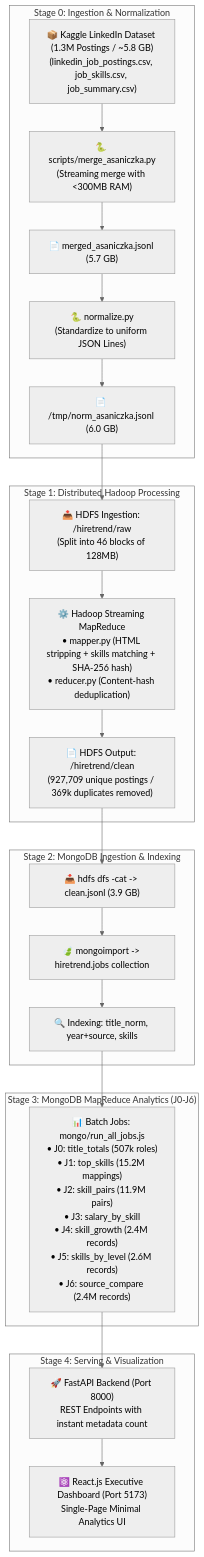
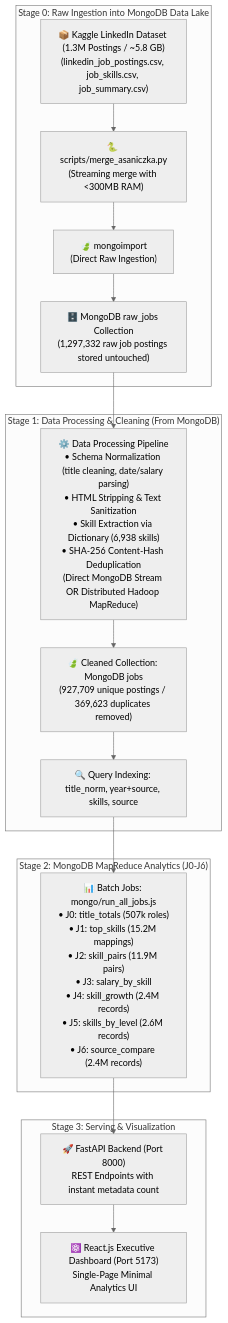
Before and after one commit to Prabhath1403/hiretrend: the diagram in README.md, drawn with Mermaid (neutral theme). The commit also changed other lines of this file and 4 other files, not shown here.

Commit message:
feat: align pipeline with faculty requirement - import raw dataset to MongoDB raw_jobs before data processing

````diff
--- a/README.md
+++ b/README.md
@@ -16,31 +16,24 @@
 ```mermaid
 flowchart TD
-    subgraph S0["Stage 0: Ingestion & Normalization"]
+    subgraph S0["Stage 0: Raw Ingestion into MongoDB Data Lake"]
         A["📦 Kaggle LinkedIn Dataset (1.3M Postings / ~5.8 GB)\n(linkedin_job_postings.csv, job_skills.csv, job_summary.csv)"]
         A --> B["🐍 scripts/merge_asaniczka.py\n(Streaming merge with <300MB RAM)"]
-        B --> C["📄 merged_asaniczka.jsonl (5.7 GB)"]
-        C --> D["🐍 normalize.py\n(Standardize to uniform JSON Lines)"]
-        D --> E["📄 /tmp/norm_asaniczka.jsonl (6.0 GB)"]
+        B --> C["🍃 mongoimport\n(Direct Raw Ingestion)"]
+        C --> D["🗄️ MongoDB raw_jobs Collection\n(1,297,332 raw job postings stored untouched)"]
     end
 
-    subgraph S1["Stage 1: Distributed Hadoop Processing"]
-        E --> F["📤 HDFS Ingestion: /hiretrend/raw\n(Split into 46 blocks of 128MB)"]
-        F --> G["⚙️ Hadoop Streaming MapReduce\n• mapper.py (HTML stripping + skills matching + SHA-256 hash)\n• reducer.py (Content-hash deduplication)"]
-        G --> H["📄 HDFS Output: /hiretrend/clean\n(927,709 unique postings / 369k duplicates removed)"]
+    subgraph S1["Stage 1: Data Processing & Cleaning (From MongoDB)"]
+        D --> E["⚙️ Data Processing Pipeline\n• Schema Normalization (title cleaning, date/salary parsing)\n• HTML Stripping & Text Sanitization\n• Skill Extraction via Dictionary (6,938 skills)\n• SHA-256 Content-Hash Deduplication\n(Direct MongoDB Stream OR Distributed Hadoop MapReduce)"]
+        E --> F["🍃 Cleaned Collection: MongoDB jobs\n(927,709 unique postings / 369,623 duplicates removed)"]
+        F --> G["🔍 Query Indexing: title_norm, year+source, skills, source"]
     end
 
-    subgraph S2["Stage 2: MongoDB Ingestion & Indexing"]
-        H --> I["📥 hdfs dfs -cat -> clean.jsonl (3.9 GB)"]
-        I --> J["🍃 mongoimport -> hiretrend.jobs collection"]
-        J --> K["🔍 Indexing: title_norm, year+source, skills"]
+    subgraph S2["Stage 2: MongoDB MapReduce Analytics (J0-J6)"]
+        G --> L["📊 Batch Jobs: mongo/run_all_jobs.js\n• J0: title_totals (507k roles)\n• J1: top_skills (15.2M mappings)\n• J2: skill_pairs (11.9M pairs)\n• J3: salary_by_skill\n• J4: skill_growth (2.4M records)\n• J5: skills_by_level (2.6M records)\n• J6: source_compare (2.4M records)"]
     end
 
-    subgraph S3["Stage 3: MongoDB MapReduce Analytics (J0-J6)"]
-        K --> L["📊 Batch Jobs: mongo/run_all_jobs.js\n• J0: title_totals (507k roles)\n• J1: top_skills (15.2M mappings)\n• J2: skill_pairs (11.9M pairs)\n• J3: salary_by_skill\n• J4: skill_growth (2.4M records)\n• J5: skills_by_level (2.6M records)\n• J6: source_compare (2.4M records)"]
-    end
-
-    subgraph S4["Stage 4: Serving & Visualization"]
+    subgraph S3["Stage 3: Serving & Visualization"]
         L --> M["🚀 FastAPI Backend (Port 8000)\nREST Endpoints with instant metadata count"]
         M --> N["⚛️ React.js Executive Dashboard (Port 5173)\nSingle-Page Minimal Analytics UI"]
     end
 ```
````
